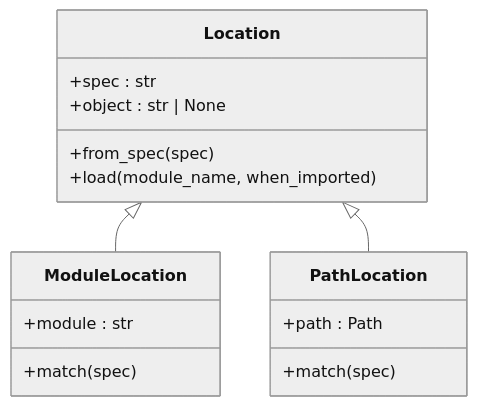
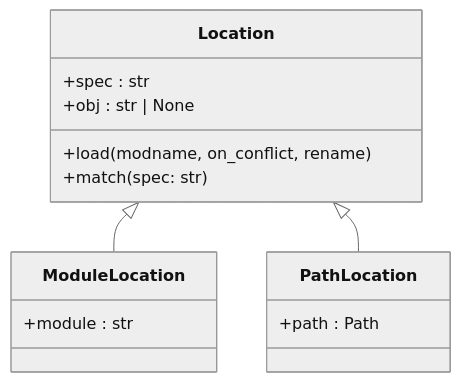
The diagram in docs/classes.mmd (makukha/importloc), drawn with Mermaid (neutral theme) before and after one commit. The commit also changed other lines of this file and 19 other files, not shown here.

```diff
--- a/docs/classes.mmd
+++ b/docs/classes.mmd
@@ -1,23 +1,18 @@
 classDiagram
     Location <|-- ModuleLocation
     Location <|-- PathLocation
-    click Location href "https://importloc.readthedocs.io/en/latest/api.html#importloc.Location"
-    click ModuleLocation href "https://importloc.readthedocs.io/en/latest/api.html#importloc.ModuleLocation"
-    click PathLocation href "https://importloc.readthedocs.io/en/latest/api.html#importloc.PathLocation"
 
     class Location{
         +spec : str
-        +object : str | None
-        +from_spec(spec)
-        +load(module_name, when_imported)
+        +obj : str | None
+        +load(modname, on_conflict, rename)
+        +match(spec: str)
     }
 
     class ModuleLocation{
         +module : str
-        +match(spec)
     }
 
     class PathLocation{
         +path : Path
-        +match(spec)
     }
```
